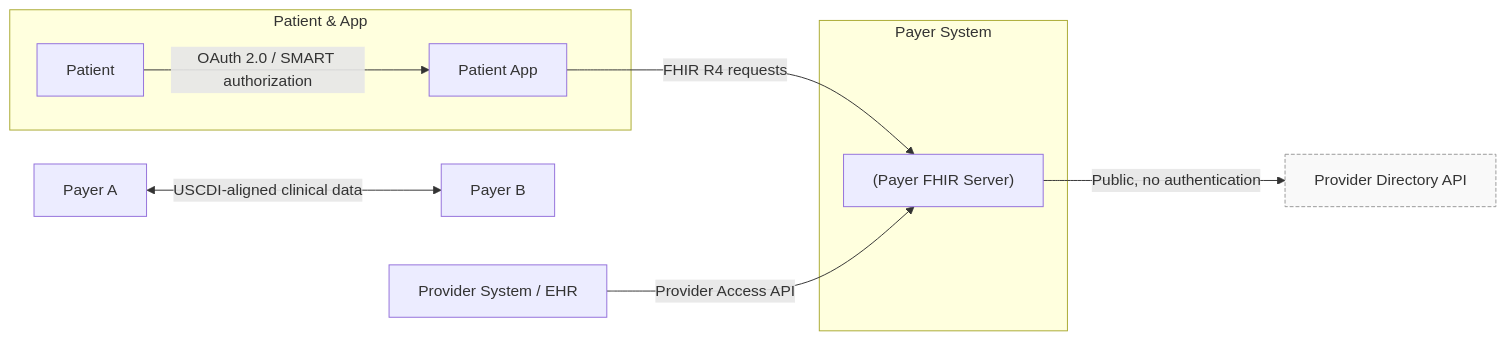
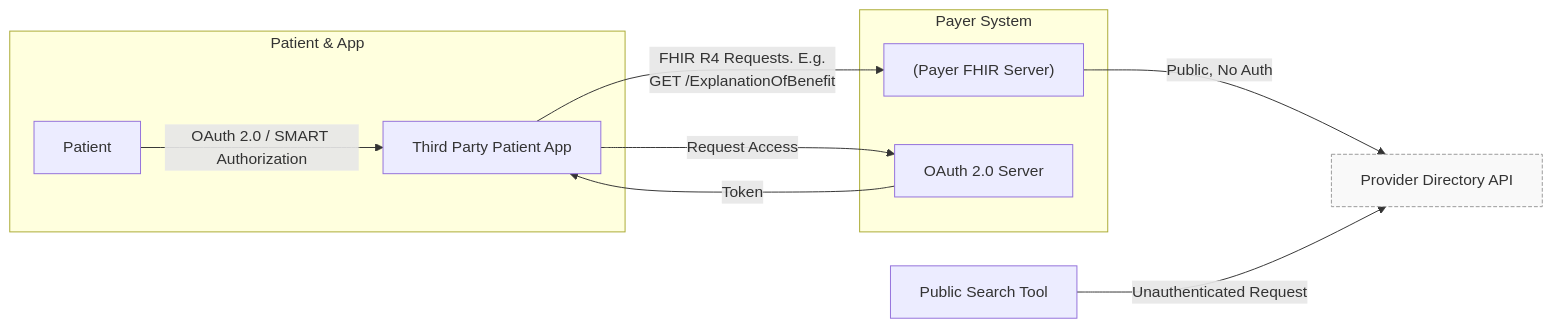
Before and after one commit to agabhinav/learn-fhir: the second of 4 diagrams in 02-cms-9115f.md, drawn with Mermaid. The commit also changed other lines of this file and 1 other file, not shown here.

````diff
--- a/02-cms-9115f.md
+++ b/02-cms-9115f.md
@@ -72,24 +96,24 @@
 ```mermaid
 flowchart LR
-  %% Patient authorizes an app, which then calls the payer's FHIR server
   subgraph Patient & App
-    P[Patient] -->|OAuth 2.0 / SMART authorization| App[Patient App]
+    P[Patient] -->|OAuth 2.0 / SMART Authorization| App[Third Party Patient App]
   end
 
   subgraph Payer System
     S["(Payer FHIR Server)"]
+    Auth[OAuth 2.0 Server]
   end
 
   %% Patient Access
-  App -->|FHIR R4 requests| S
+  App -->|Request Access| Auth
+  Auth -->|Token| App
+  App -->|FHIR R4 Requests. E.g. <br/> GET /ExplanationOfBenefit| S
 
-  %% Provider Access
-  Prov[Provider System / EHR] -->|Provider Access API| S
+  %% Provider Directory (Public)
+  S -->|Public, No Auth| Pub[Provider Directory API]
 
-  %% Provider Directory (public)
-  S -->|Public, no authentication| Pub[Provider Directory API]
+   %% Provider Directory (Public)
+  PubApp[Public Search Tool] -->|Unauthenticated Request| Pub[Provider Directory API]
 
-  %% Payer-to-Payer exchange
-  PayerA[Payer A] <-->|USCDI-aligned clinical data| PayerB[Payer B]
   style Pub fill:#f9f9f9,stroke:#999,stroke-dasharray: 4 2
 ```
````
